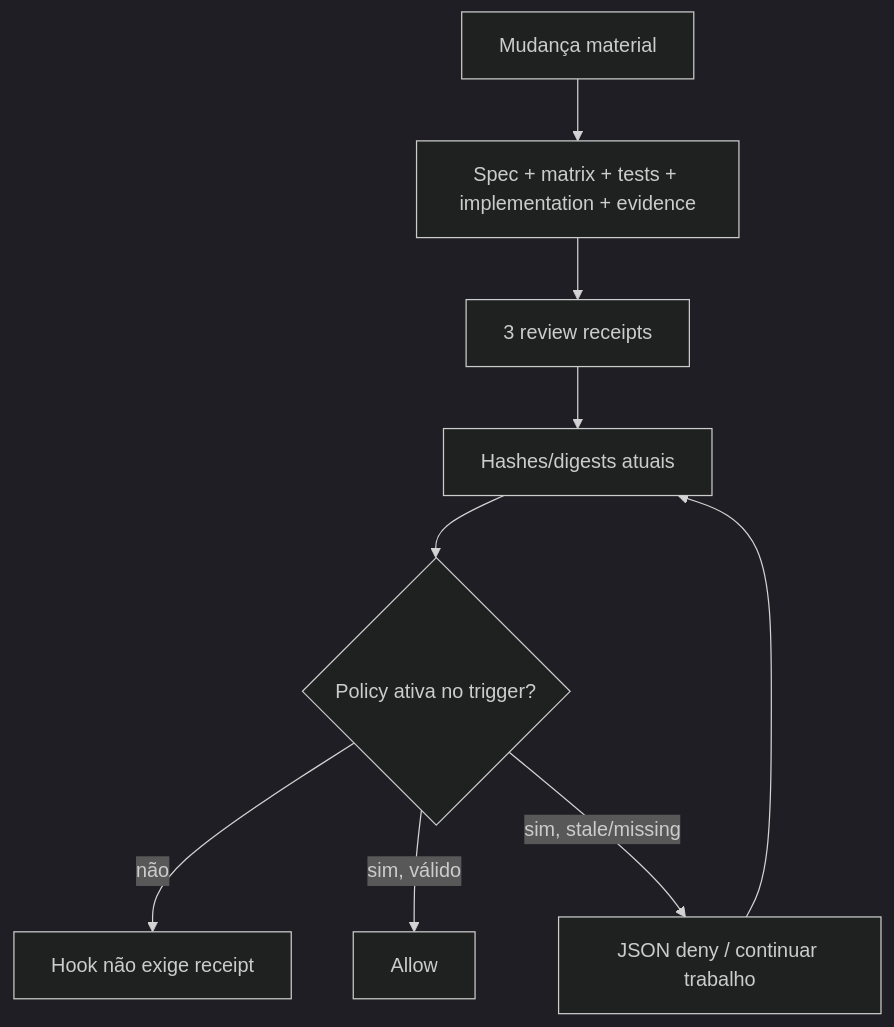
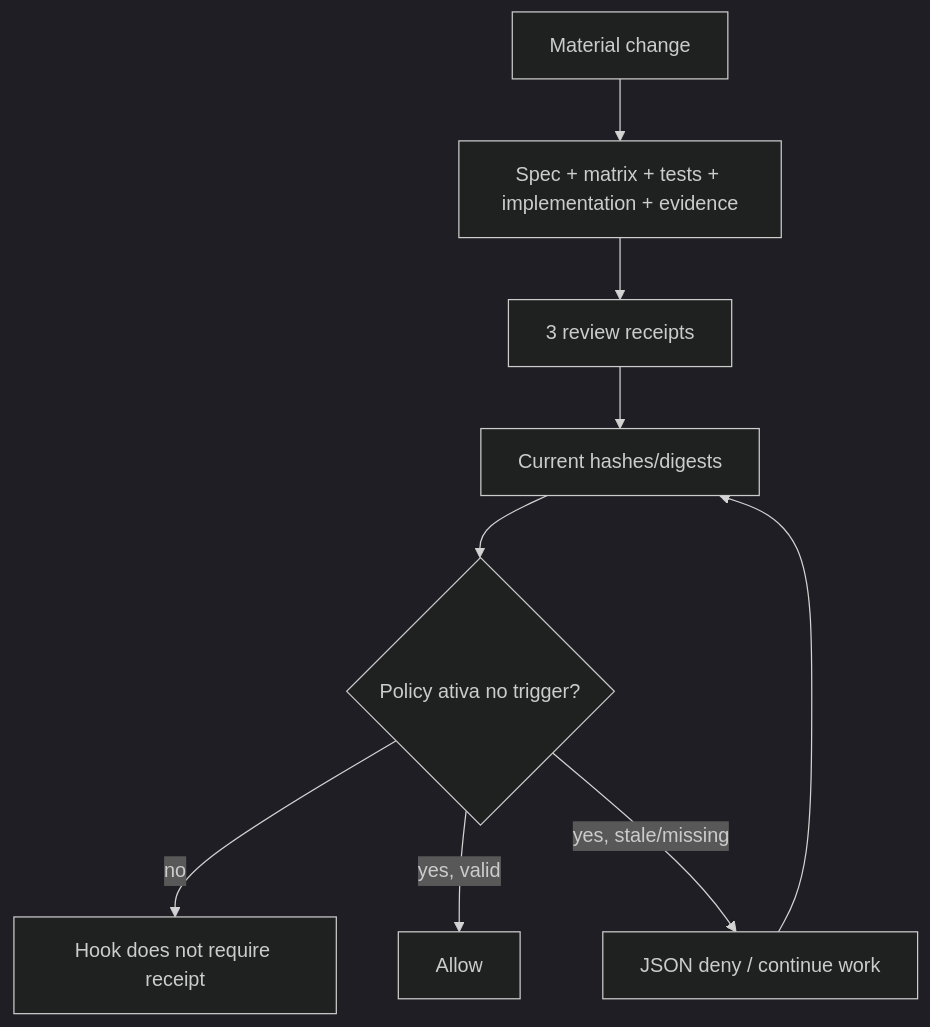
Before and after one commit to woliveiras/baseline: the diagram in docs/internal/audit/2026-08-06-tuxedo-repository-audit/05-hooks-rules-templates-and-tests.md, drawn with Mermaid (dark theme). The commit also changed other lines of this file and 13 other files, not shown here.

````diff
--- a/docs/internal/audit/2026-08-06-tuxedo-repository-audit/05-hooks-rules-templates-and-tests.md
+++ b/docs/internal/audit/2026-08-06-tuxedo-repository-audit/05-hooks-rules-templates-and-tests.md
@@ -77,11 +77,11 @@
 ```mermaid
 flowchart TD
-    E["Mudança material"] --> A["Spec + matrix + tests + implementation + evidence"]
+    E["Material change"] --> A["Spec + matrix + tests + implementation + evidence"]
     A --> R["3 review receipts"]
-    R --> H["Hashes/digests atuais"]
+    R --> H["Current hashes/digests"]
     H --> P{"Policy ativa no trigger?"}
-    P -->|não| N["Hook não exige receipt"]
-    P -->|sim, válido| O["Allow"]
-    P -->|sim, stale/missing| B["JSON deny / continuar trabalho"]
+    P -->|no| N["Hook does not require receipt"]
+    P -->|yes, valid| O["Allow"]
+    P -->|yes, stale/missing| B["JSON deny / continue work"]
     B --> H
 ```
````
